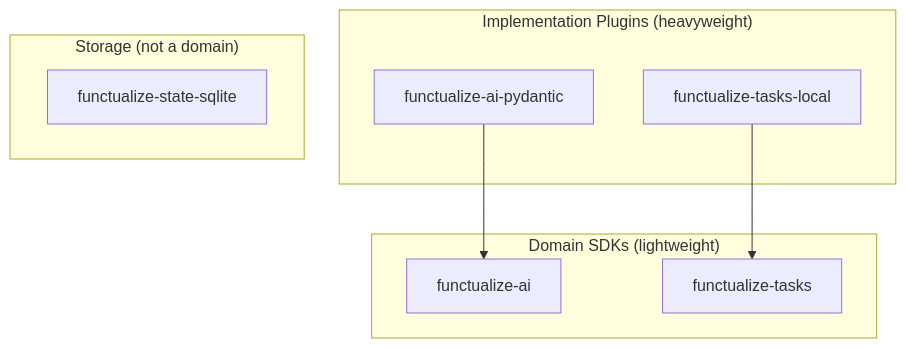
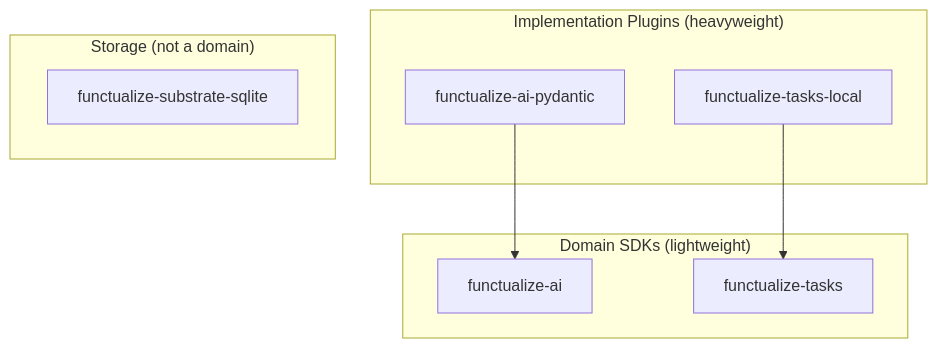
Before and after one commit to raicing-ai/functualize: the diagram in docs/guides/domain-sdks.md, drawn with Mermaid. The commit also changed other lines of this file and 67 other files, not shown here.

First line of the commit message:
refactor(plugins)!: functualize-state-sqlite is functualize-substrate-sqlite

````diff
--- a/docs/guides/domain-sdks.md
+++ b/docs/guides/domain-sdks.md
@@ -9,19 +9,19 @@
 ```mermaid
 graph TD
     subgraph "Domain SDKs (lightweight)"
         ai["functualize-ai"]
         tasks["functualize-tasks"]
     end
 
     subgraph "Implementation Plugins (heavyweight)"
         pydantic["functualize-ai-pydantic"]
         local["functualize-tasks-local"]
     end
 
     subgraph "Storage (not a domain)"
-        sqlite["functualize-state-sqlite"]
+        sqlite["functualize-substrate-sqlite"]
     end
 
     pydantic --> ai
     local --> tasks
 ```
````
